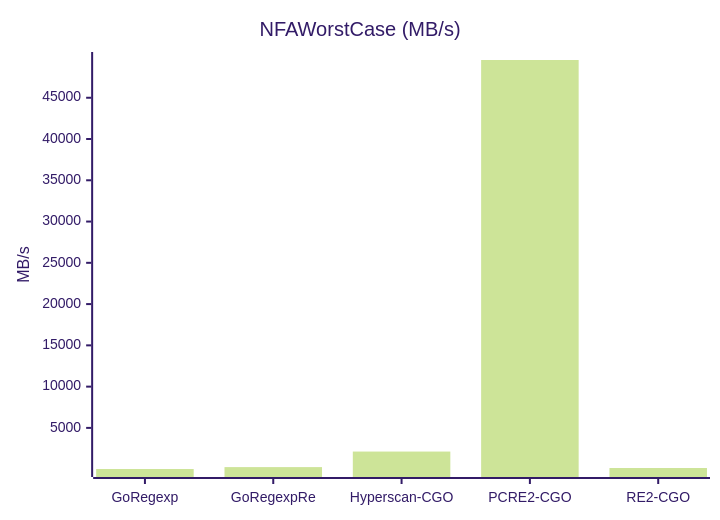
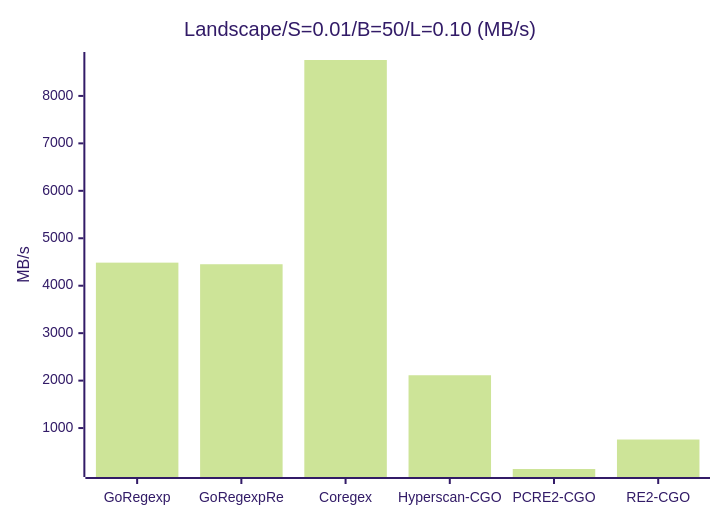
Before and after one commit to kamichidu/go-regexp-re: diagram 12 of 47 in _benchmark_results/cgo_engines.md, drawn with Mermaid (forest theme). The commit also changed other lines of this file and 3 other files, not shown here.

````diff
--- a/_benchmark_results/cgo_engines.md
+++ b/_benchmark_results/cgo_engines.md
@@ -153,7 +205,7 @@
 ```mermaid
 xychart-beta
-    title "NFAWorstCase (MB/s)"
-    x-axis ["GoRegexp", "GoRegexpRe", "Hyperscan-CGO", "PCRE2-CGO", "RE2-CGO"]
+    title "Landscape/S=0.01/B=50/L=0.10 (MB/s)"
+    x-axis ["GoRegexp", "GoRegexpRe", "Coregex", "Hyperscan-CGO", "PCRE2-CGO", "RE2-CGO"]
     y-axis "MB/s"
-    bar [19.52, 248.40, 2133.36, 49573.79, 138.59]
+    bar [4486.30, 4452.59, 8757.00, 2113.03, 137.19, 758.55]
 ```
````
